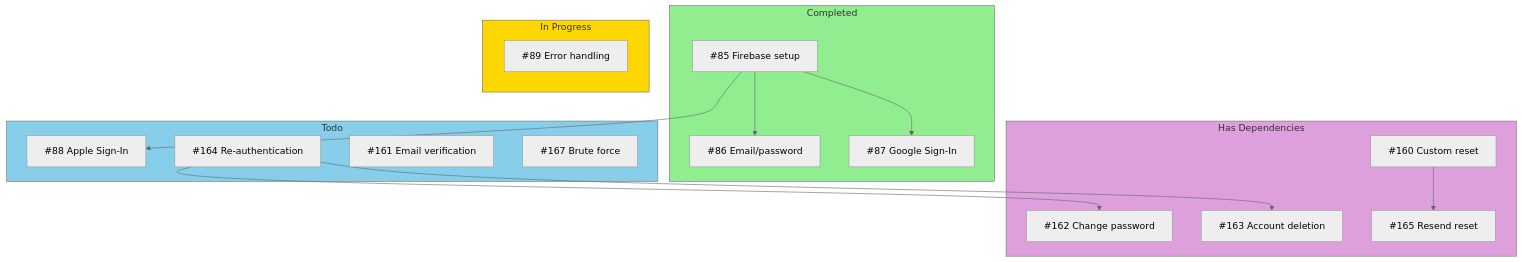
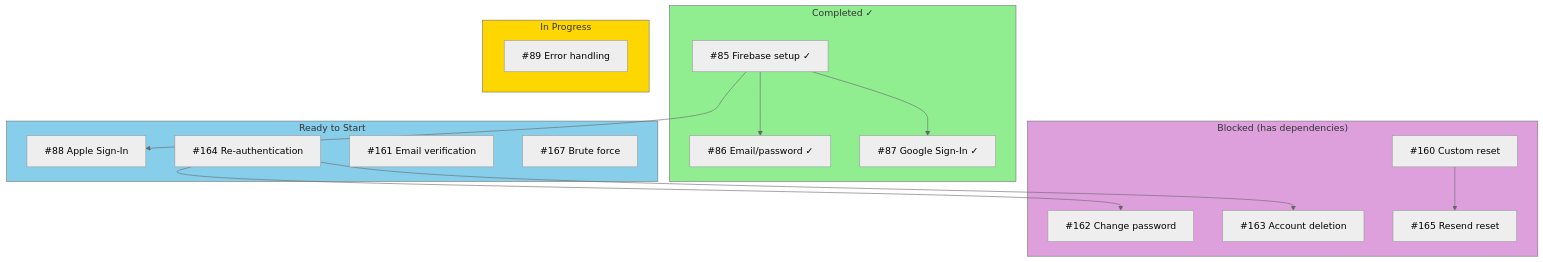
One commit to amehmeto/TiedSiren51 changed the fifth of 5 diagrams in docs/dependency-graph.md. Above: the diagram before and after it, drawn with Mermaid (neutral theme). The commit also changed other lines of this file and 4 other files, not shown here.

````diff
--- a/docs/dependency-graph.md
+++ b/docs/dependency-graph.md
@@ -170,39 +170,39 @@
 ```mermaid
 flowchart TD
-    subgraph DONE["Completed"]
-        I85["#85 Firebase setup"]
-        I86["#86 Email/password"]
-        I87["#87 Google Sign-In"]
+    subgraph DONE["Completed ✓"]
+        I85["#85 Firebase setup ✓"]
+        I86["#86 Email/password ✓"]
+        I87["#87 Google Sign-In ✓"]
     end
 
     subgraph INPROG["In Progress"]
         I89["#89 Error handling"]
     end
 
-    subgraph TODO["Todo"]
+    subgraph TODO["Ready to Start"]
         I88["#88 Apple Sign-In"]
         I164["#164 Re-authentication"]
         I161["#161 Email verification"]
         I167["#167 Brute force"]
     end
 
-    subgraph DEPENDS["Has Dependencies"]
+    subgraph DEPENDS["Blocked (has dependencies)"]
         I162["#162 Change password"]
         I163["#163 Account deletion"]
         I160["#160 Custom reset"]
         I165["#165 Resend reset"]
     end
 
     I85 --> I86
     I85 --> I87
     I85 --> I88
 
     I164 --> I162
     I164 --> I163
     I160 --> I165
 
     style DONE fill:#90EE90
     style INPROG fill:#FFD700
     style TODO fill:#87CEEB
     style DEPENDS fill:#DDA0DD
 ```
````
